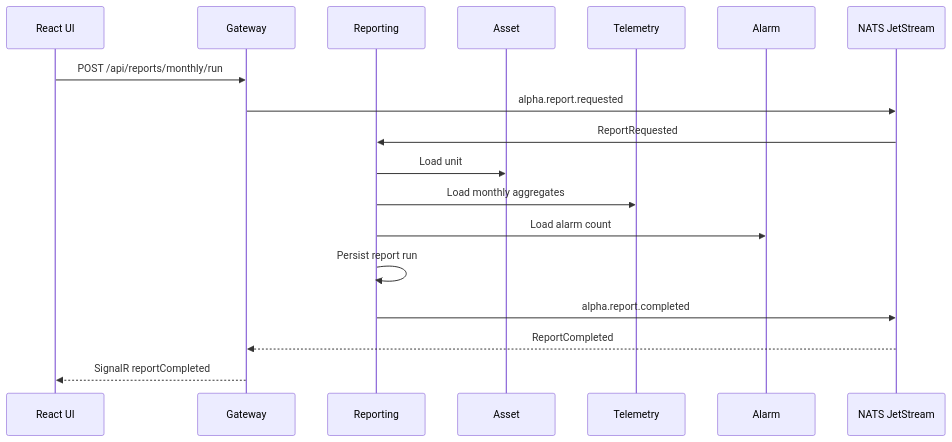
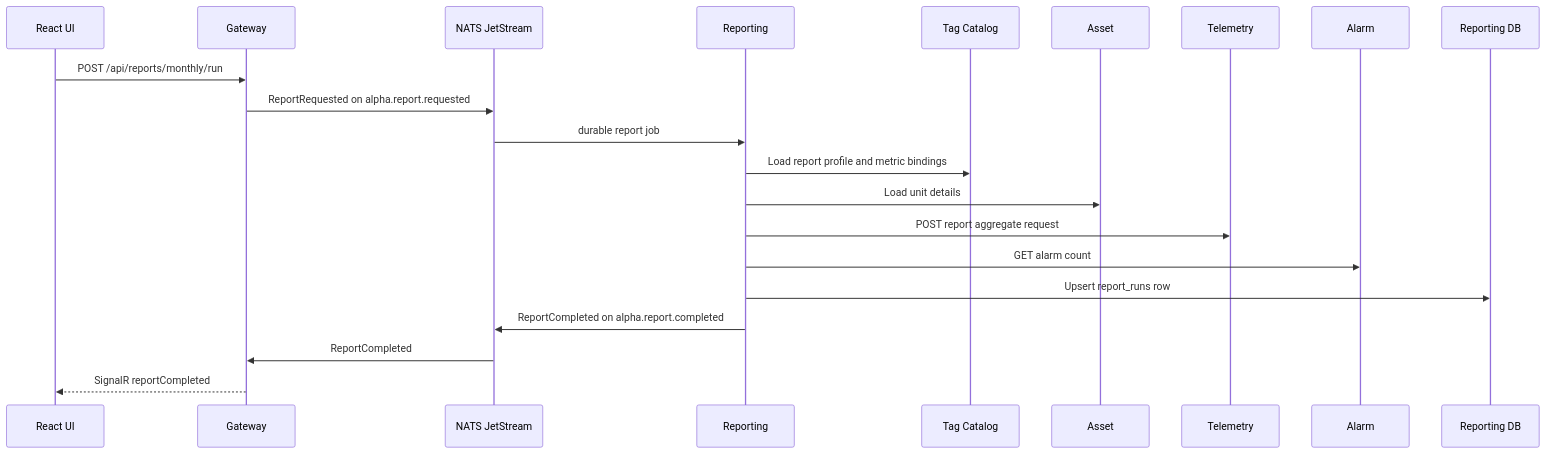
Before and after one commit to dhalavach/alpha-scada: the sixth of 6 diagrams in docs/system-overview.md, drawn with Mermaid. The commit also changed other lines of this file and 9 other files, not shown here.

Commit message:
Update architecture documentation and diagrams

````diff
--- a/docs/system-overview.md
+++ b/docs/system-overview.md
@@ -192,21 +506,24 @@
 ```mermaid
 sequenceDiagram
     participant UI as React UI
     participant GW as Gateway
+    participant NATS as NATS JetStream
     participant Reporting as Reporting
+    participant Tags as Tag Catalog
     participant Asset as Asset
     participant Telemetry as Telemetry
     participant Alarm as Alarm
-    participant NATS as NATS JetStream
+    participant RDB as Reporting DB
 
     UI->>GW: POST /api/reports/monthly/run
-    GW->>NATS: alpha.report.requested
-    NATS->>Reporting: ReportRequested
-    Reporting->>Asset: Load unit
-    Reporting->>Telemetry: Load monthly aggregates
-    Reporting->>Alarm: Load alarm count
-    Reporting->>Reporting: Persist report run
-    Reporting->>NATS: alpha.report.completed
-    NATS-->>GW: ReportCompleted
+    GW->>NATS: ReportRequested on alpha.report.requested
+    NATS->>Reporting: durable report job
+    Reporting->>Tags: Load report profile and metric bindings
+    Reporting->>Asset: Load unit details
+    Reporting->>Telemetry: POST report aggregate request
+    Reporting->>Alarm: GET alarm count
+    Reporting->>RDB: Upsert report_runs row
+    Reporting->>NATS: ReportCompleted on alpha.report.completed
+    NATS->>GW: ReportCompleted
     GW-->>UI: SignalR reportCompleted
 ```
````
